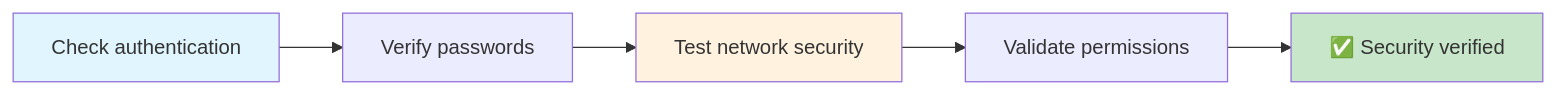
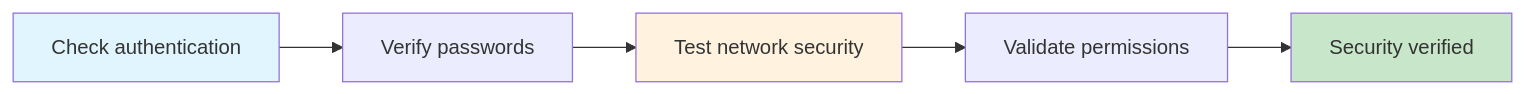
One commit to paraskanwarit/das-l4-infra-np changed the ninth of 10 diagrams in SYSTEM_OVERVIEW.md. Above: the diagram before and after it, drawn with Mermaid. The commit also changed other lines of this file and 10 other files, not shown here.

````diff
--- a/SYSTEM_OVERVIEW.md
+++ b/SYSTEM_OVERVIEW.md
@@ -282,11 +282,11 @@
 ```mermaid
 graph LR
     A[Check authentication] --> B[Verify passwords]
     B --> C[Test network security]
     C --> D[Validate permissions]
-    D --> E[✅ Security verified]
+    D --> E[ Security verified]
     
     style A fill:#e1f5fe
     style E fill:#c8e6c9
     style C fill:#fff3e0
 ```
````
